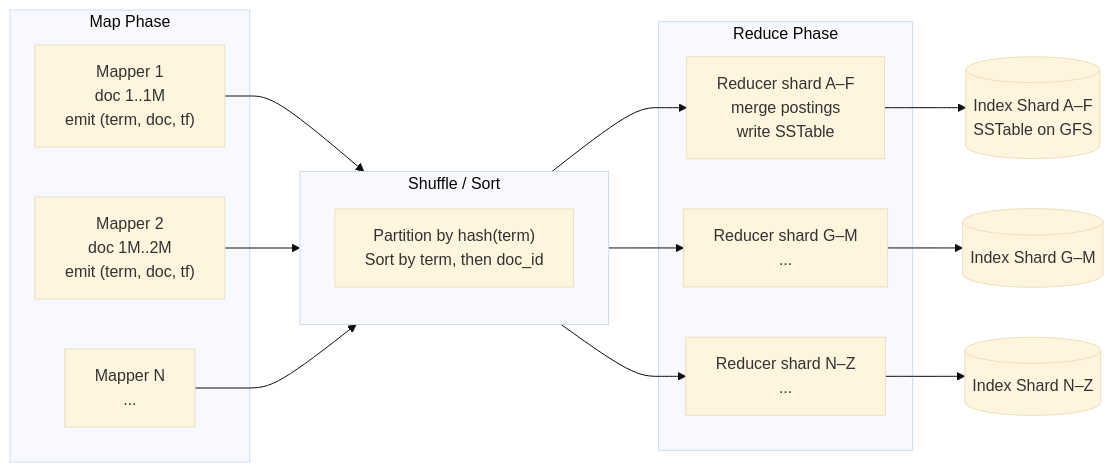
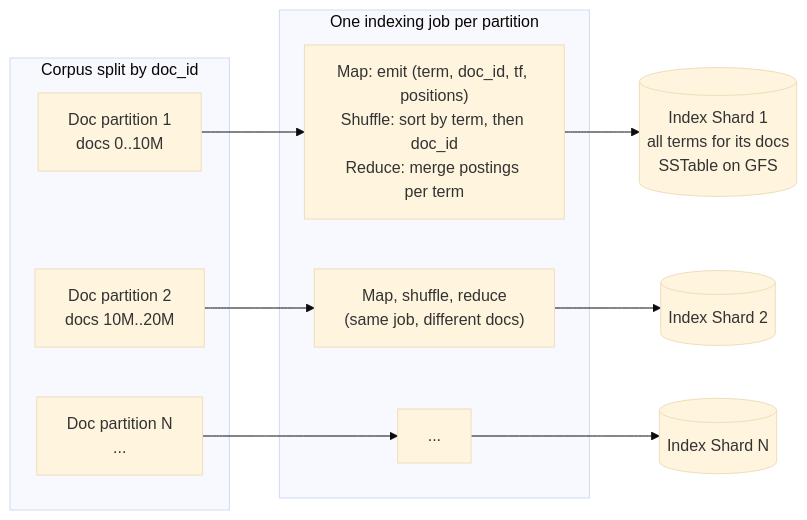
One commit to Ankan1998/learn-system-design changed the third of 4 diagrams in Bonus-Real-World-Architectures/22-Google-Search/README.md. Above: the diagram before and after it, drawn with Mermaid (base theme). The commit also changed other lines of this file and 139 other files, not shown here.

````diff
--- a/Bonus-Real-World-Architectures/22-Google-Search/README.md
+++ b/Bonus-Real-World-Architectures/22-Google-Search/README.md
@@ -232,32 +236,22 @@
 ```mermaid
 flowchart LR
-    subgraph MapPhase["Map Phase"]
-        M1["Mapper 1<br/>doc 1..1M<br/>emit (term, doc, tf)"]
-        M2["Mapper 2<br/>doc 1M..2M<br/>emit (term, doc, tf)"]
-        MN["Mapper N<br/>..."]
+    subgraph Docs["Corpus split by doc_id"]
+        D1["Doc partition 1<br/>docs 0..10M"]
+        D2["Doc partition 2<br/>docs 10M..20M"]
+        DN["Doc partition N<br/>..."]
     end
 
-    subgraph ShufflePhase["Shuffle / Sort"]
-        SH["Partition by hash(term)<br/>Sort by term, then doc_id"]
+    subgraph Build["One indexing job per partition"]
+        B1["Map: emit (term, doc_id, tf, positions)<br/>Shuffle: sort by term, then doc_id<br/>Reduce: merge postings per term"]
+        B2["Map, shuffle, reduce<br/>(same job, different docs)"]
+        BN["..."]
     end
 
-    subgraph ReducePhase["Reduce Phase"]
-        R1["Reducer shard A–F<br/>merge postings<br/>write SSTable"]
-        R2["Reducer shard G–M<br/>..."]
-        RN["Reducer shard N–Z<br/>..."]
-    end
+    IndexShard1[("Index Shard 1<br/>all terms for its docs<br/>SSTable on GFS")]
+    IndexShard2[("Index Shard 2")]
+    IndexShard3[("Index Shard N")]
 
-    IndexShard1[("Index Shard A–F<br/>SSTable on GFS")]
-    IndexShard2[("Index Shard G–M")]
-    IndexShard3[("Index Shard N–Z")]
-
-    M1 --> ShufflePhase
-    M2 --> ShufflePhase
-    MN --> ShufflePhase
-    ShufflePhase --> R1
-    ShufflePhase --> R2
-    ShufflePhase --> RN
-    R1 --> IndexShard1
-    R2 --> IndexShard2
-    RN --> IndexShard3
+    D1 --> B1 --> IndexShard1
+    D2 --> B2 --> IndexShard2
+    DN --> BN --> IndexShard3
 ```
````
